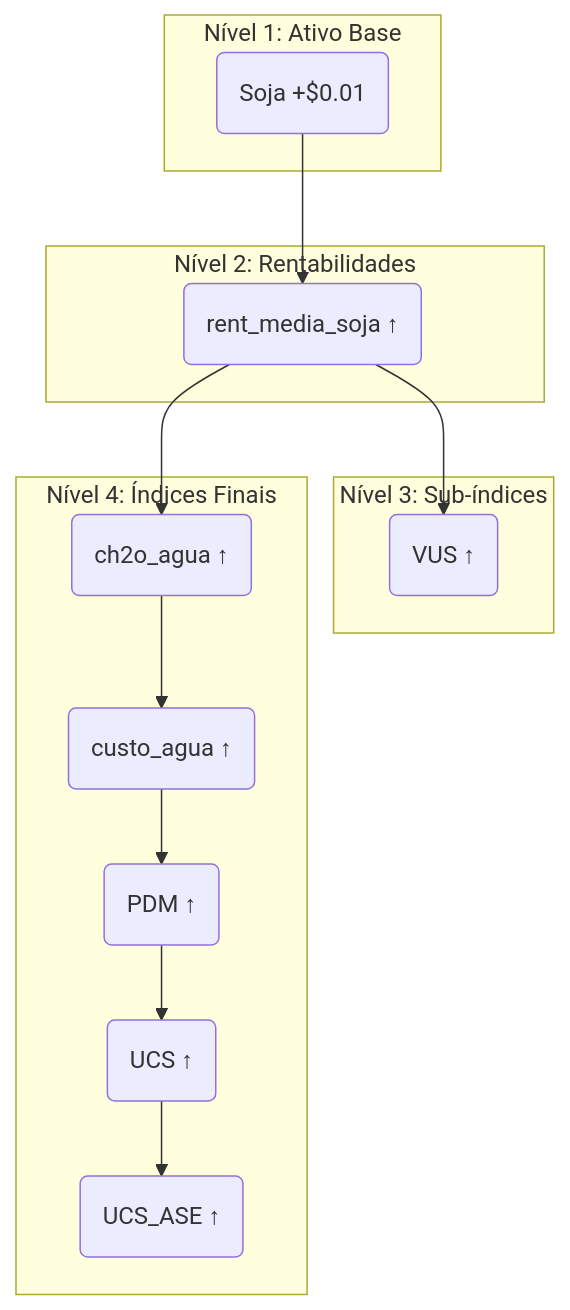
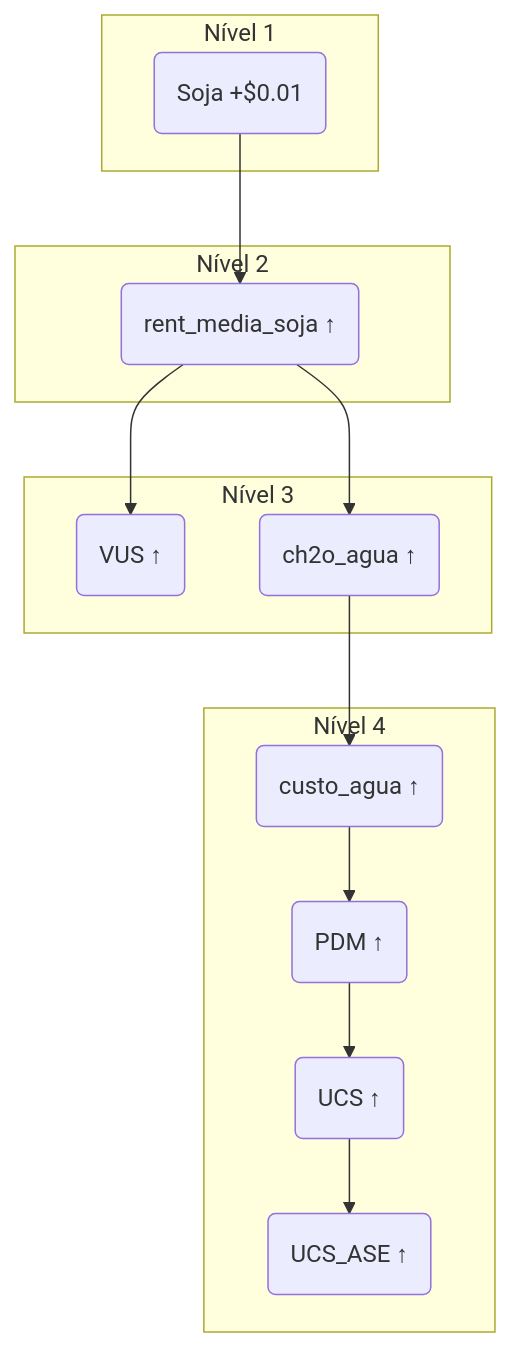
One commit to Devluizpaulo/UCS changed the diagram in docs/FORMULAS_AND_CASCADE.md. Above: the diagram before and after it, drawn with Mermaid. The commit also changed other lines of this file, not shown here.

````diff
--- a/docs/FORMULAS_AND_CASCADE.md
+++ b/docs/FORMULAS_AND_CASCADE.md
@@ -149,25 +184,23 @@
 ```mermaid
 graph TD
-    subgraph Nível 1: Ativo Base
+    subgraph Nível 1
         A(Soja +$0.01)
     end
-
-    subgraph Nível 2: Rentabilidades
+    subgraph Nível 2
         B(rent_media_soja ↑)
     end
-
-    subgraph Nível 3: Sub-índices
+    subgraph Nível 3
         C(VUS ↑)
+        D(ch2o_agua ↑)
     end
-
-    subgraph Nível 4: Índices Finais
-        D(ch2o_agua ↑) --> E(custo_agua ↑)
-        E --> F(PDM ↑)
+    subgraph Nível 4
+        E(custo_agua ↑) --> F(PDM ↑)
         F --> G(UCS ↑)
         G --> H(UCS_ASE ↑)
     end
 
     A --> B
     B --> C
     B --> D
+    D --> E
 ```
````
